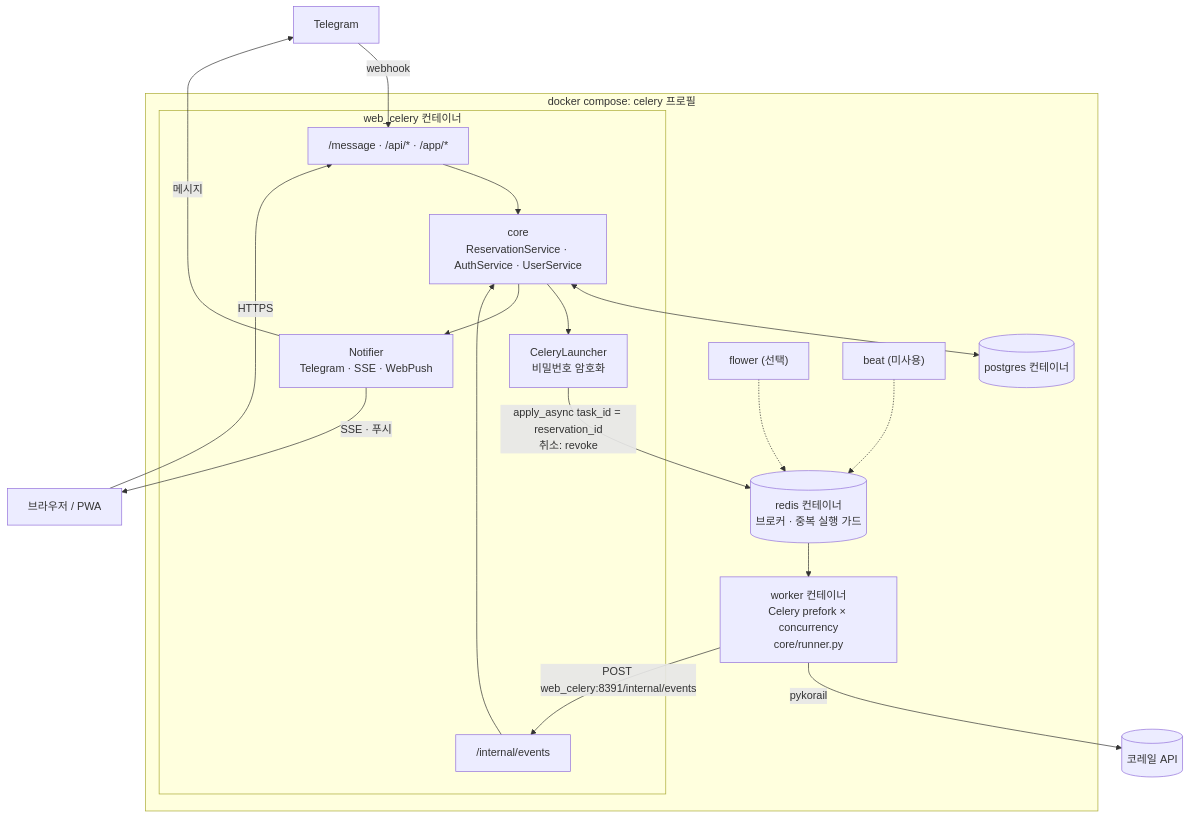
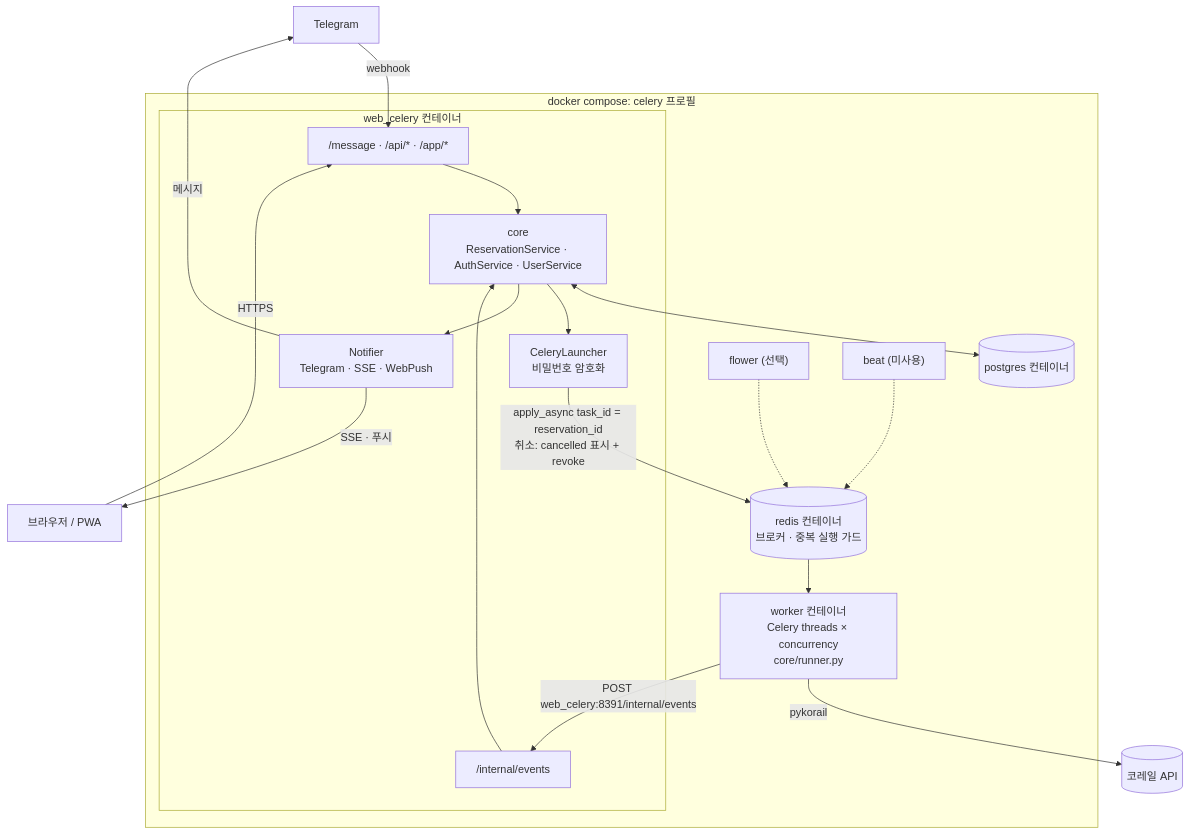
The second of 2 diagrams in docs/capacity-review.md (raonsol/korail_telegrambot), drawn with Mermaid before and after one commit. The commit also changed other lines of this file and 17 other files, not shown here.

````diff
--- a/docs/capacity-review.md
+++ b/docs/capacity-review.md
@@ -182,38 +195,38 @@
 ```mermaid
 flowchart TB
     TG["Telegram"]
     PWA["브라우저 / PWA"]
 
     subgraph COMPOSE["docker compose: celery 프로필"]
         subgraph WEBC["web_celery 컨테이너"]
             IN["/message · /api/* · /app/*"]
             CORE["core<br/>ReservationService · AuthService · UserService"]
             CL["CeleryLauncher<br/>비밀번호 암호화"]
             INT["/internal/events"]
             NOTI["Notifier<br/>Telegram · SSE · WebPush"]
         end
         PG[("postgres 컨테이너")]
         REDIS[("redis 컨테이너<br/>브로커 · 중복 실행 가드")]
-        WK["worker 컨테이너<br/>Celery prefork × concurrency<br/>core/runner.py"]
+        WK["worker 컨테이너<br/>Celery threads × concurrency<br/>core/runner.py"]
         FLOWER["flower (선택)"]
         BEAT["beat (미사용)"]
     end
 
     KORAIL[("코레일 API")]
 
     TG -- "webhook" --> IN
     PWA -- "HTTPS" --> IN
     IN --> CORE
     CORE <--> PG
     CORE --> CL
-    CL -- "apply_async task_id = reservation_id<br/>취소: revoke" --> REDIS
+    CL -- "apply_async task_id = reservation_id<br/>취소: cancelled 표시 + revoke" --> REDIS
     REDIS --> WK
     WK -- "pykorail" --> KORAIL
     WK -- "POST web_celery:8391/internal/events" --> INT
     INT --> CORE
     CORE --> NOTI
     NOTI -- "메시지" --> TG
     NOTI -- "SSE · 푸시" --> PWA
     FLOWER -.-> REDIS
     BEAT -.-> REDIS
 ```
````
